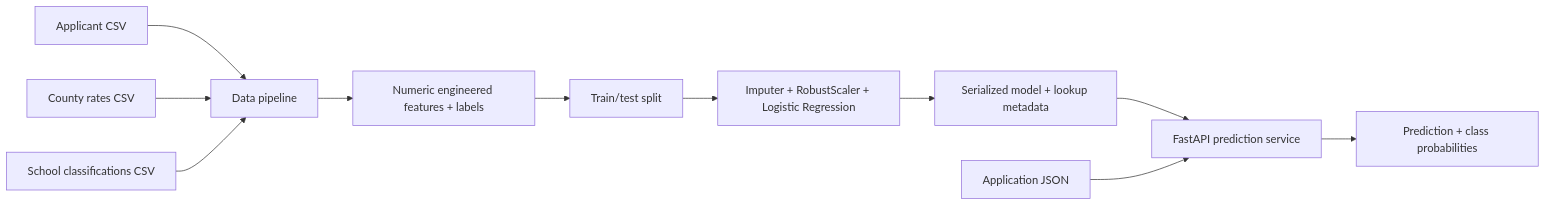
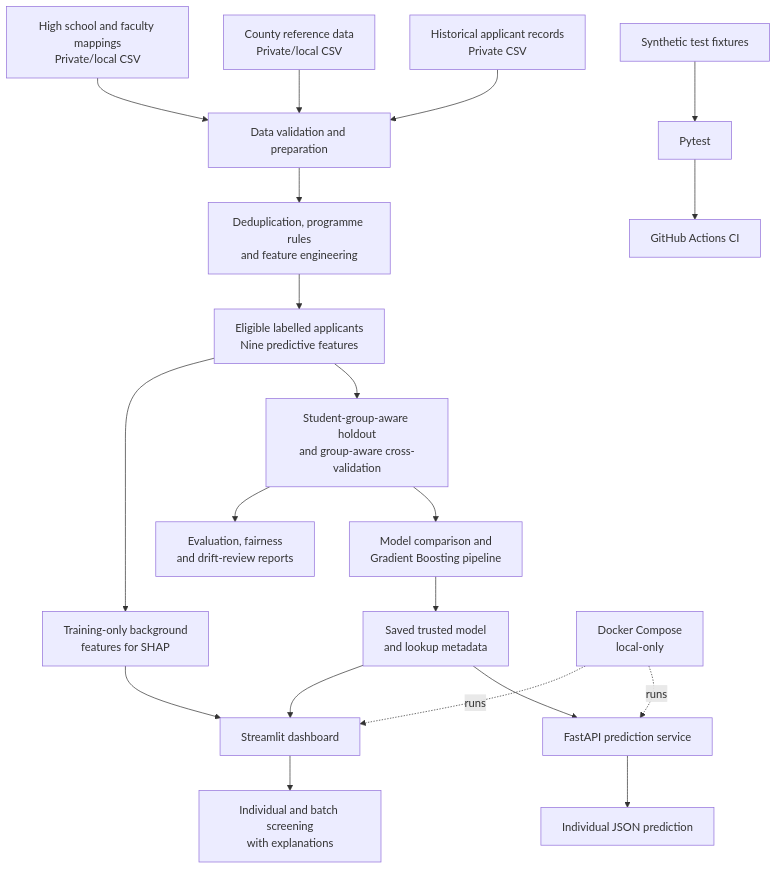
One commit to JulienNgalo/Scholarship_capstone_project changed the diagram in README.md. Above: the diagram before and after it, drawn with Mermaid. The commit also changed other lines of this file and 1 other file, not shown here.

````diff
--- a/README.md
+++ b/README.md
@@ -15,13 +27,22 @@
 ```mermaid
-flowchart LR
-    A[Applicant CSV] --> B[Data pipeline]
-    C[County rates CSV] --> B
-    D[School classifications CSV] --> B
-    B --> E[Numeric engineered features + labels]
-    E --> F[Train/test split]
-    F --> G[Imputer + RobustScaler + Logistic Regression]
-    G --> H[Serialized model + lookup metadata]
-    H --> I[FastAPI prediction service]
-    J[Application JSON] --> I
-    I --> K[Prediction + class probabilities]
+flowchart TD
+    A["Historical applicant records<br/>Private CSV"] --> D[Data validation and preparation]
+    B["County reference data<br/>Private/local CSV"] --> D
+    C["High school and faculty mappings<br/>Private/local CSV"] --> D
+    D --> E["Deduplication, programme rules<br/>and feature engineering"]
+    E --> F["Eligible labelled applicants<br/>Nine predictive features"]
+    F --> G["Student-group-aware holdout<br/>and group-aware cross-validation"]
+    G --> H["Model comparison and<br/>Gradient Boosting pipeline"]
+    H --> I["Saved trusted model<br/>and lookup metadata"]
+    F --> J["Training-only background<br/>features for SHAP"]
+    I --> K[FastAPI prediction service]
+    I --> L[Streamlit dashboard]
+    J --> L
+    K --> M[Individual JSON prediction]
+    L --> N["Individual and batch screening<br/>with explanations"]
+    G --> O["Evaluation, fairness<br/>and drift-review reports"]
+    P[Synthetic test fixtures] --> Q[Pytest]
+    Q --> R[GitHub Actions CI]
+    S["Docker Compose<br/>local-only"] -. runs .-> K
+    S -. runs .-> L
 ```
````
